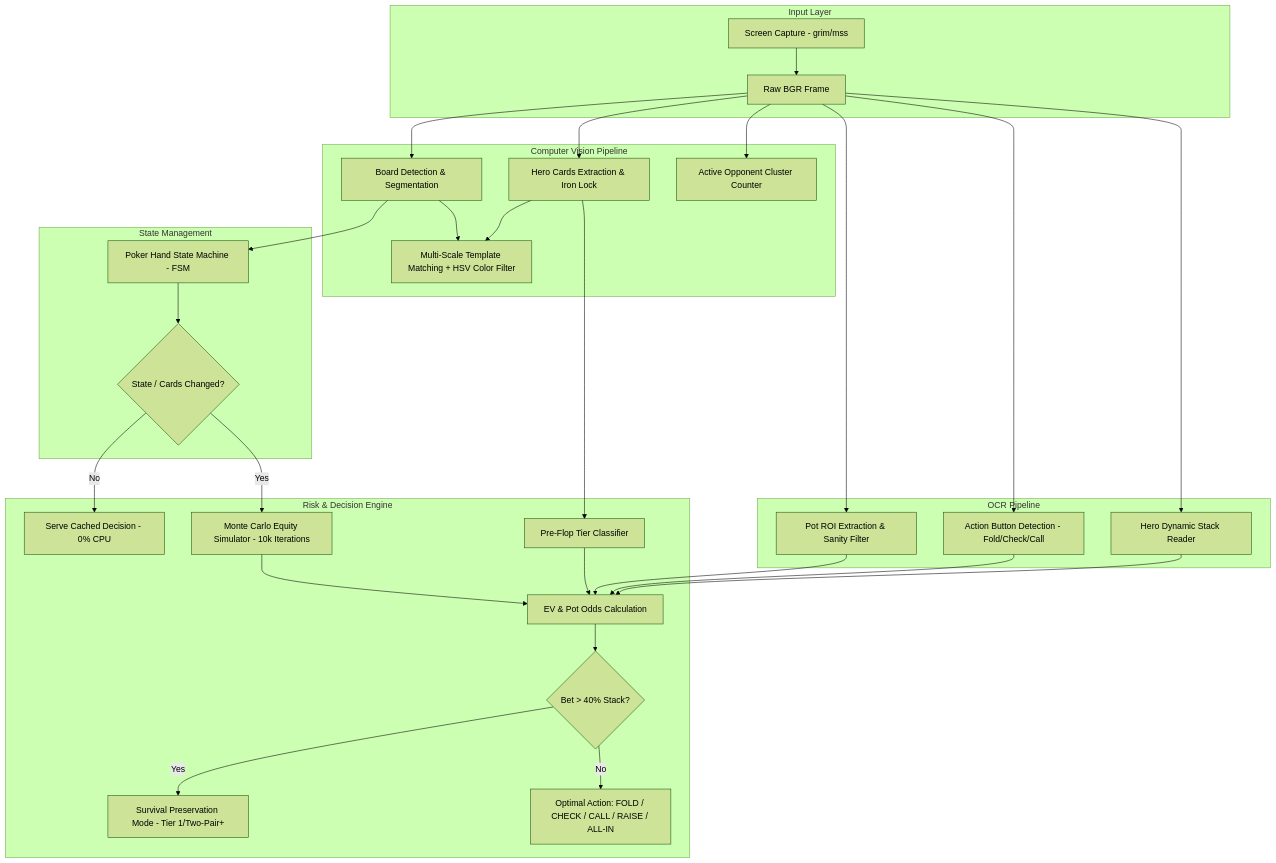
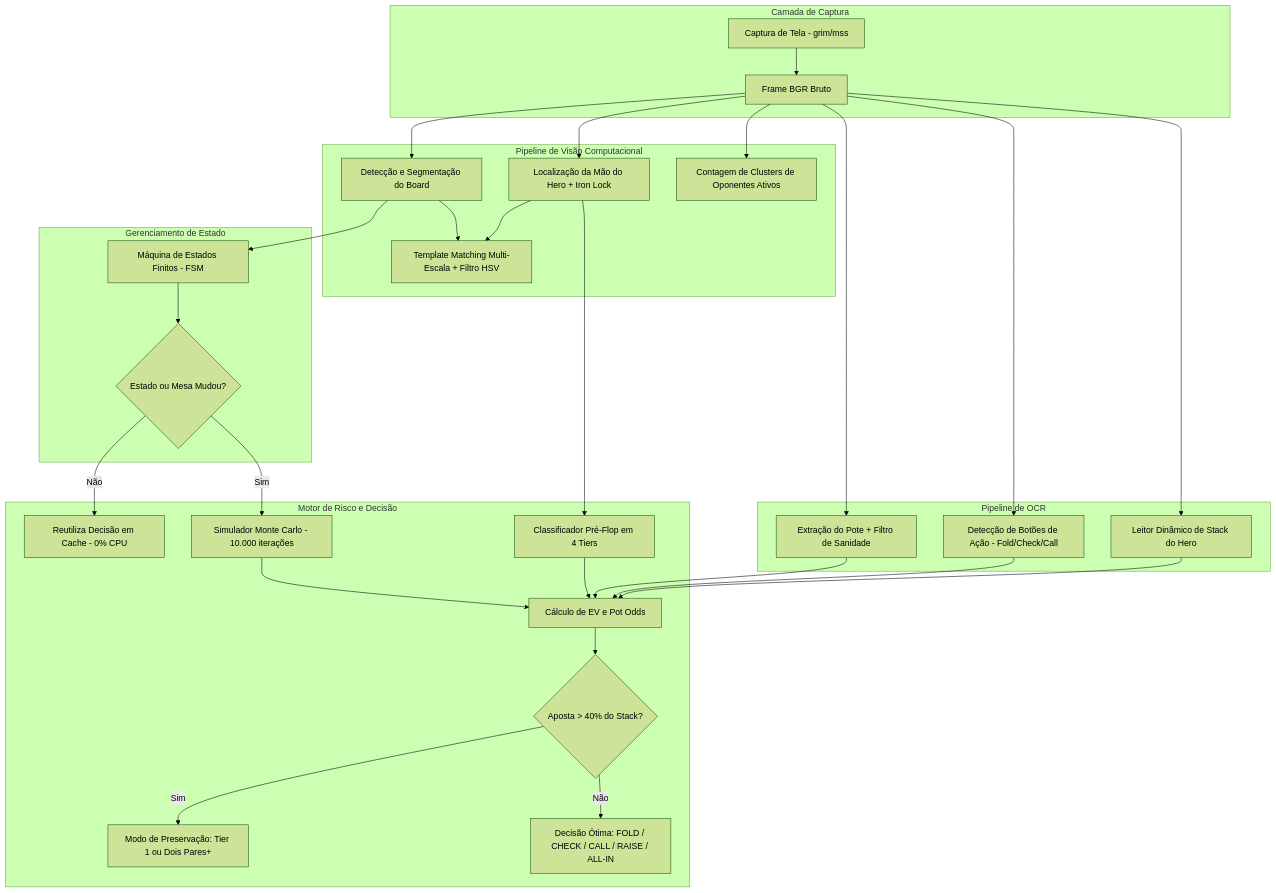
The diagram in README.md (TheoEnderson/poker-vision-engine), drawn with Mermaid (forest theme) before and after one commit. The commit also changed other lines of this file, not shown here.

````diff
--- a/README.md
+++ b/README.md
@@ -51,39 +51,39 @@
 ```mermaid
 flowchart TD
-    subgraph Input Layer
-        SCR[Screen Capture - grim/mss] --> RAW[Raw BGR Frame]
+    subgraph Camada de Captura
+        SCR[Captura de Tela - grim/mss] --> RAW[Frame BGR Bruto]
     end
 
-    subgraph Computer Vision Pipeline
-        RAW --> DET_BOARD[Board Detection & Segmentation]
-        RAW --> DET_HERO[Hero Cards Extraction & Iron Lock]
-        RAW --> DET_OPP[Active Opponent Cluster Counter]
-        DET_BOARD --> TM[Multi-Scale Template Matching + HSV Color Filter]
+    subgraph Pipeline de Visão Computacional
+        RAW --> DET_BOARD[Detecção e Segmentação do Board]
+        RAW --> DET_HERO[Localização da Mão do Hero + Iron Lock]
+        RAW --> DET_OPP[Contagem de Clusters de Oponentes Ativos]
+        DET_BOARD --> TM[Template Matching Multi-Escala + Filtro HSV]
         DET_HERO --> TM
     end
 
-    subgraph OCR Pipeline
-        RAW --> OCR_POT[Pot ROI Extraction & Sanity Filter]
-        RAW --> OCR_BTN[Action Button Detection - Fold/Check/Call]
-        RAW --> OCR_STACK[Hero Dynamic Stack Reader]
+    subgraph Pipeline de OCR
+        RAW --> OCR_POT[Extração do Pote + Filtro de Sanidade]
+        RAW --> OCR_BTN[Detecção de Botões de Ação - Fold/Check/Call]
+        RAW --> OCR_STACK[Leitor Dinâmico de Stack do Hero]
     end
 
-    subgraph State Management
-        DET_BOARD --> FSM[Poker Hand State Machine - FSM]
-        FSM --> CACHE{State / Cards Changed?}
+    subgraph Gerenciamento de Estado
+        DET_BOARD --> FSM[Máquina de Estados Finitos - FSM]
+        FSM --> CACHE{Estado ou Mesa Mudou?}
     end
 
-    subgraph Risk & Decision Engine
-        CACHE -- No --> REUSE[Serve Cached Decision - 0% CPU]
-        CACHE -- Yes --> MC[Monte Carlo Equity Simulator - 10k Iterations]
-        DET_HERO --> TIER[Pre-Flop Tier Classifier]
-        MC --> EV[EV & Pot Odds Calculation]
+    subgraph Motor de Risco e Decisão
+        CACHE -- Não --> REUSE[Reutiliza Decisão em Cache - 0% CPU]
+        CACHE -- Sim --> MC[Simulador Monte Carlo - 10.000 iterações]
+        DET_HERO --> TIER[Classificador Pré-Flop em 4 Tiers]
+        MC --> EV[Cálculo de EV e Pot Odds]
         TIER --> EV
         OCR_POT --> EV
         OCR_BTN --> EV
         OCR_STACK --> EV
-        EV --> HEAVY{Bet > 40% Stack?}
-        HEAVY -- Yes --> SURVIVAL[Survival Preservation Mode - Tier 1/Two-Pair+]
-        HEAVY -- No --> ACTION[Optimal Action: FOLD / CHECK / CALL / RAISE / ALL-IN]
+        EV --> HEAVY{Aposta > 40% do Stack?}
+        HEAVY -- Sim --> SURVIVAL[Modo de Preservação: Tier 1 ou Dois Pares+]
+        HEAVY -- Não --> ACTION[Decisão Ótima: FOLD / CHECK / CALL / RAISE / ALL-IN]
     end
 ```
````
